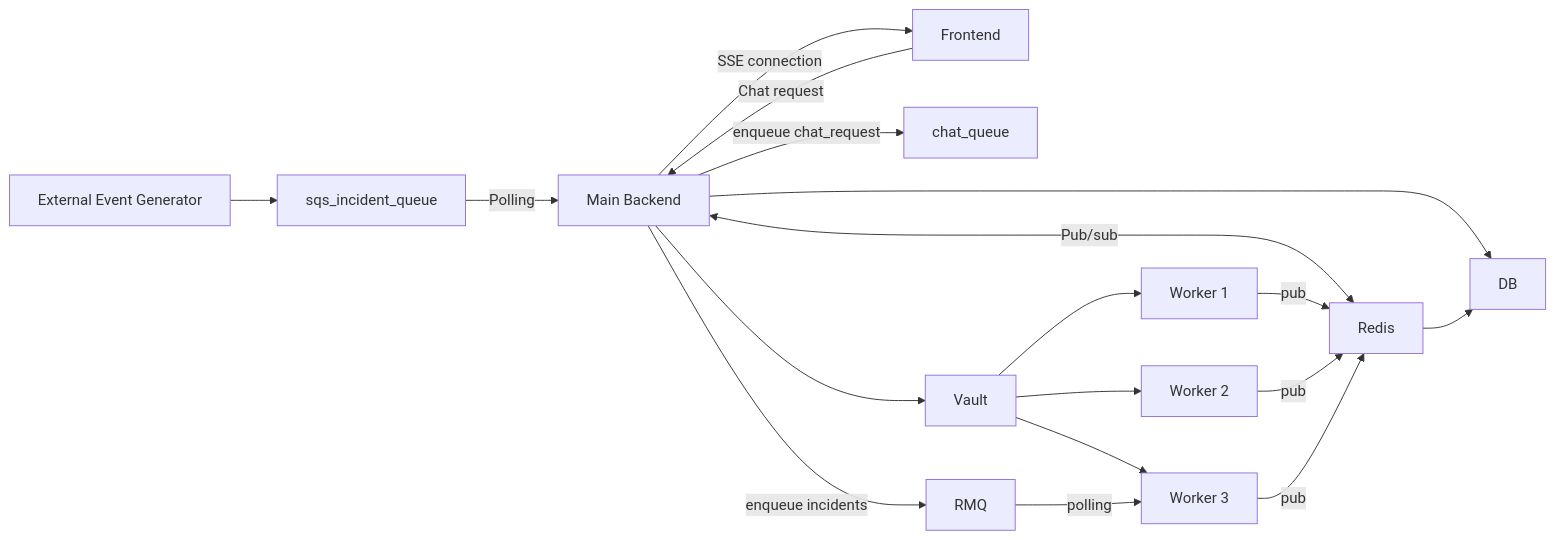
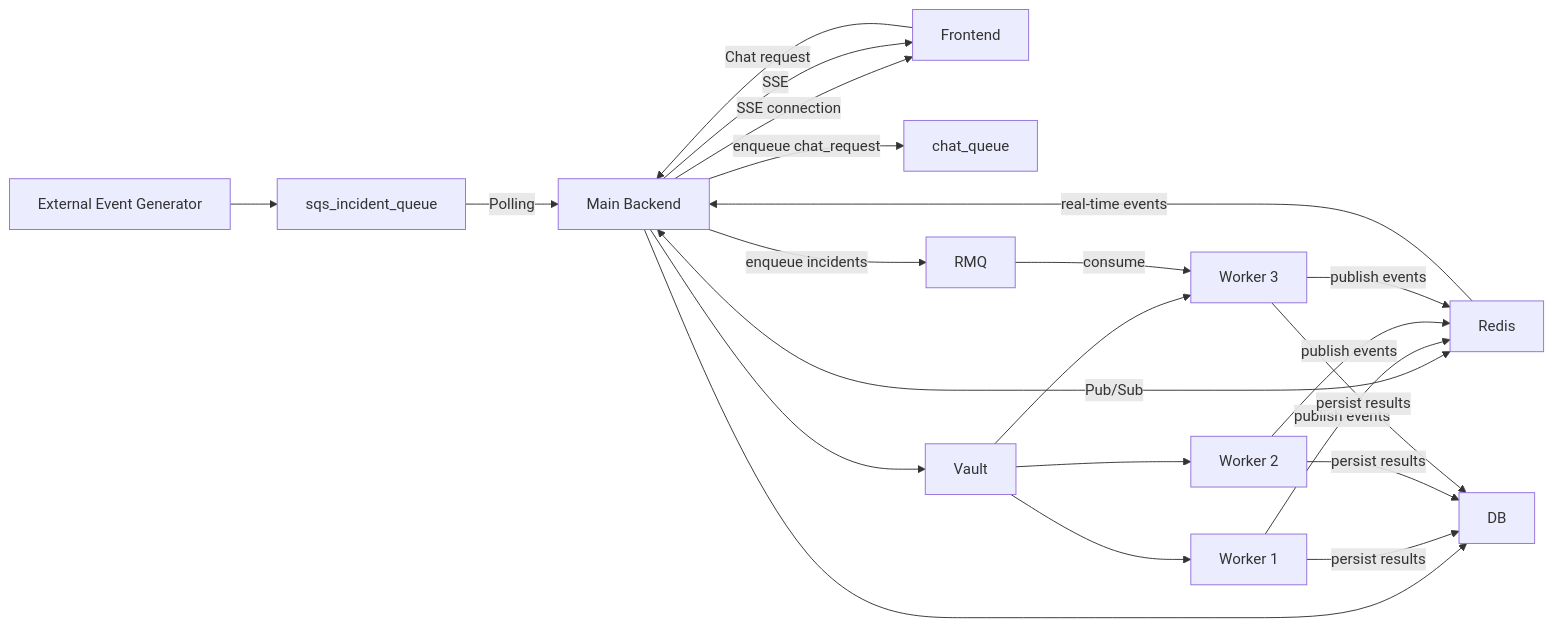
One commit to mgm152002/infra.ai_backend changed the diagram in README.md. Above: the diagram before and after it, drawn with Mermaid.

Commit message:
Update Mermaid diagram in README.md

````diff
--- a/README.md
+++ b/README.md
@@ -31,20 +31,34 @@
 ```mermaid
 flowchart LR
     EventGen["External Event Generator"] --> IncidentQueue["sqs_incident_queue"]
+
     Frontend["Frontend"] -->|"Chat request"| Backend["Main Backend"]
     Backend -->|"SSE connection"| Frontend
+
     IncidentQueue -->|"Polling"| Backend
+
     Backend -->|"enqueue chat_request"| ChatQueue["chat_queue"]
     Backend -->|"enqueue incidents"| RMQ["RMQ"]
-    Backend <-->|"Pub/sub"| Redis["Redis"]
+
+    Backend <-->|"Pub/Sub"| Redis["Redis"]
+
     Backend --> Vault["Vault"]
     Backend --> DB["DB"]
-    Worker1["Worker 1"] -->|"pub"| Redis
-    Worker2["Worker 2"] -->|"pub"| Redis
-    Worker3["Worker 3"] -->|"pub"| Redis
-    Redis --> DB
+
+    Worker1["Worker 1"] -->|"publish events"| Redis
+    Worker2["Worker 2"] -->|"publish events"| Redis
+    Worker3["Worker 3"] -->|"publish events"| Redis
+
+    Worker1 -->|"persist results"| DB
+    Worker2 -->|"persist results"| DB
+    Worker3 -->|"persist results"| DB
+
+    Redis -->|"real-time events"| Backend
+    Backend -->|"SSE"| Frontend
+
     Vault --> Worker1
     Vault --> Worker2
     Vault --> Worker3
-    RMQ -->|"polling"| Worker3
+
+    RMQ -->|"consume"| Worker3
 ```
````
